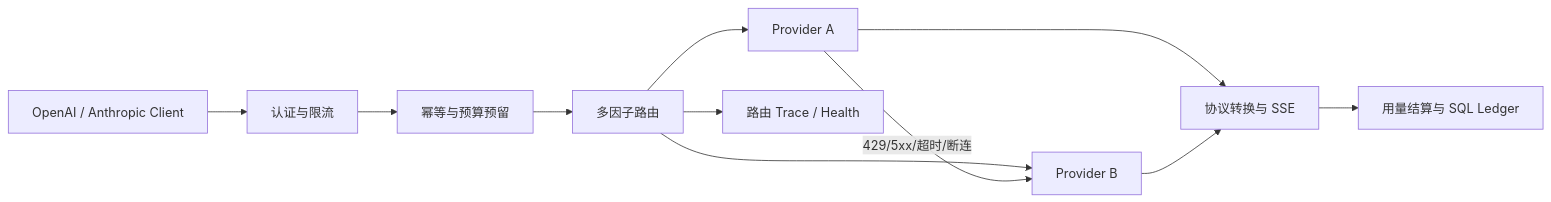
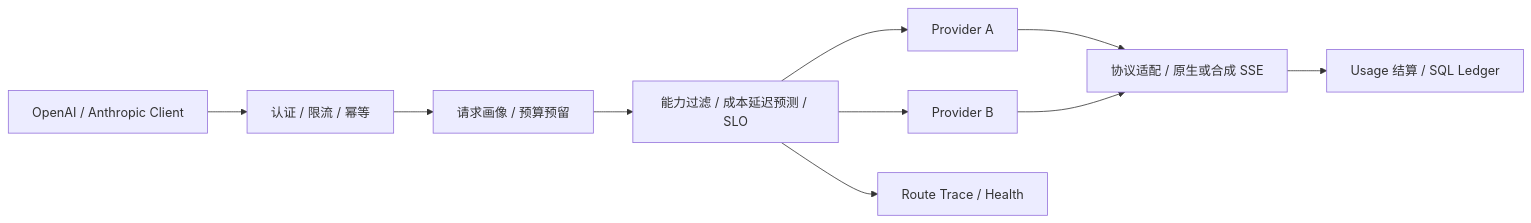
One commit to ShinyHero666/RouteSmith changed the diagram in java-gateway/docs/PROJECT_REVIEW_CN.md. Above: the diagram before and after it, drawn with Mermaid. The commit also changed other lines of this file and 7 other files, not shown here.

````diff
--- a/java-gateway/docs/PROJECT_REVIEW_CN.md
+++ b/java-gateway/docs/PROJECT_REVIEW_CN.md
@@ -7,13 +7,12 @@
 ```mermaid
 flowchart LR
-    C[OpenAI / Anthropic Client] --> A[认证与限流]
-    A --> I[幂等与预算预留]
-    I --> R[多因子路由]
+    C[OpenAI / Anthropic Client] --> A[认证 / 限流 / 幂等]
+    A --> B[请求画像 / 预算预留]
+    B --> R[能力过滤 / 成本延迟预测 / SLO]
     R --> P1[Provider A]
     R --> P2[Provider B]
-    P1 -->|429/5xx/超时/断连| P2
-    P1 --> T[协议转换与 SSE]
+    P1 --> T[协议适配 / 原生或合成 SSE]
     P2 --> T
-    T --> L[用量结算与 SQL Ledger]
-    R --> O[路由 Trace / Health]
+    T --> L[Usage 结算 / SQL Ledger]
+    R --> O[Route Trace / Health]
 ```
````
